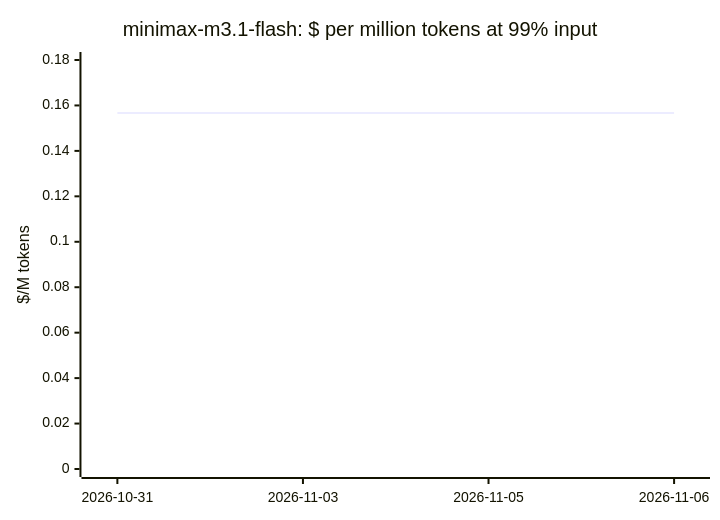
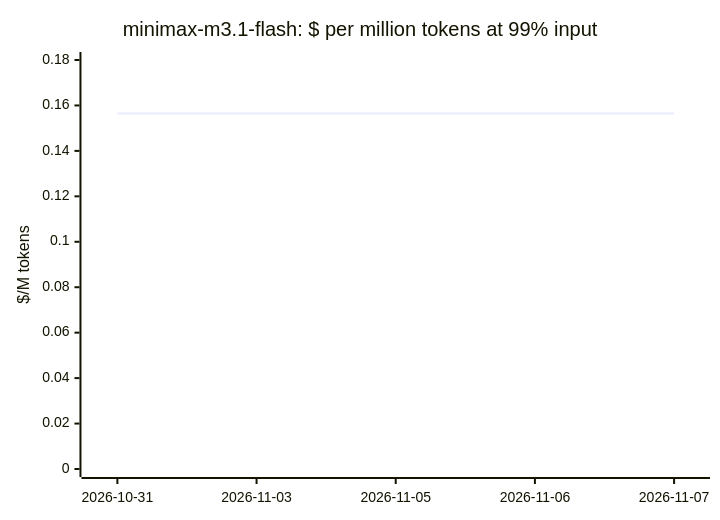
The ninth of 20 diagrams in docs/openrouter-models.md (cklukas/OMEGA_TRANSFORM), drawn with Mermaid before and after one commit. The commit also changed other lines of this file and 68 other files, not shown here.

````diff
--- a/docs/openrouter-models.md
+++ b/docs/openrouter-models.md
@@ -222,7 +211,7 @@
 ```mermaid
 xychart-beta
     title "minimax-m3.1-flash: $ per million tokens at 99% input"
-    x-axis ["2026-10-31", "2026-11-03", "2026-11-05", "2026-11-06"]
+    x-axis ["2026-10-31", "2026-11-03", "2026-11-05", "2026-11-06", "2026-11-07"]
     y-axis "$/M tokens" 0 --> 0.18
-    line [0.1567, 0.1567, 0.1567, 0.1567]
+    line [0.1564, 0.1564, 0.1564, 0.1564, 0.1564]
 ```
````
